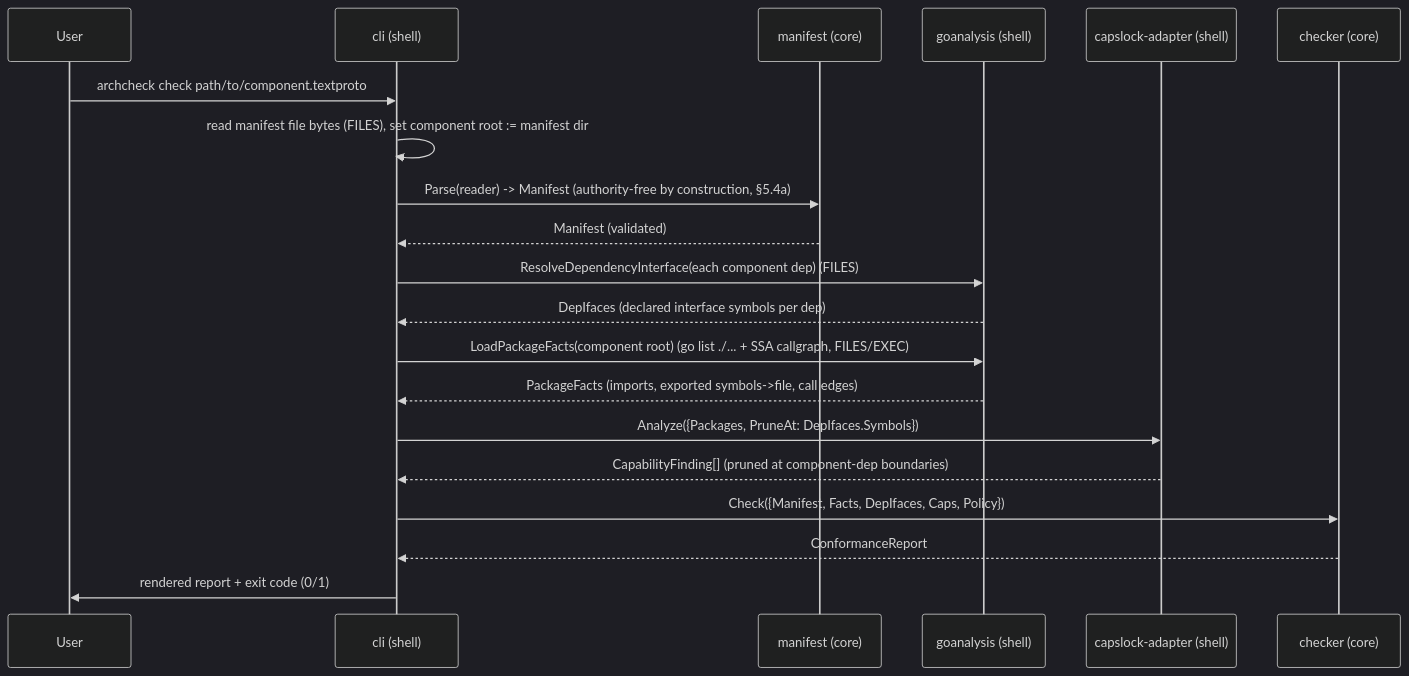
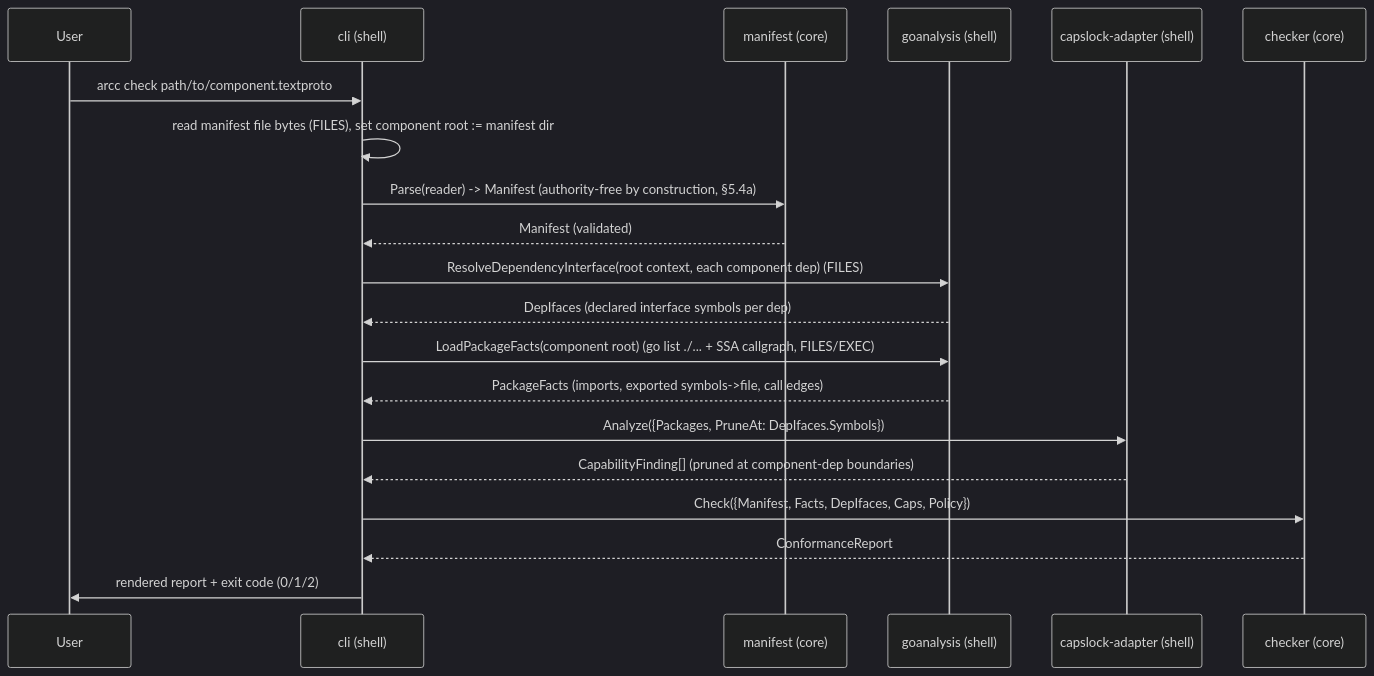
One commit to ono-sendai-labs/architectural-contracts changed the second of 2 diagrams in .agents/planning/2026-07-06-arch-contracts-go-mvp/design/detailed-design.md. Above: the diagram before and after it, drawn with Mermaid (dark theme). The commit also changed other lines of this file and 3 other files, not shown here.

````diff
--- a/.agents/planning/2026-07-06-arch-contracts-go-mvp/design/detailed-design.md
+++ b/.agents/planning/2026-07-06-arch-contracts-go-mvp/design/detailed-design.md
@@ -262,23 +243,23 @@
 ```mermaid
 sequenceDiagram
     participant U as User
     participant CLI as cli (shell)
     participant M as manifest (core)
     participant L as goanalysis (shell)
     participant C as capslock-adapter (shell)
     participant K as checker (core)
 
-    U->>CLI: archcheck check path/to/component.textproto
+    U->>CLI: arcc check path/to/component.textproto
     CLI->>CLI: read manifest file bytes (FILES), set component root := manifest dir
     CLI->>M: Parse(reader) -> Manifest  (authority-free by construction, §5.4a)
     M-->>CLI: Manifest (validated)
-    CLI->>L: ResolveDependencyInterface(each component dep) (FILES)
+    CLI->>L: ResolveDependencyInterface(root context, each component dep) (FILES)
     L-->>CLI: DepIfaces (declared interface symbols per dep)
     CLI->>L: LoadPackageFacts(component root) (go list ./... + SSA callgraph, FILES/EXEC)
     L-->>CLI: PackageFacts (imports, exported symbols->file, call edges)
     CLI->>C: Analyze({Packages, PruneAt: DepIfaces.Symbols})
     C-->>CLI: CapabilityFinding[] (pruned at component-dep boundaries)
     CLI->>K: Check({Manifest, Facts, DepIfaces, Caps, Policy})
     K-->>CLI: ConformanceReport
-    CLI->>U: rendered report + exit code (0/1)
+    CLI->>U: rendered report + exit code (0/1/2)
 ```
````
